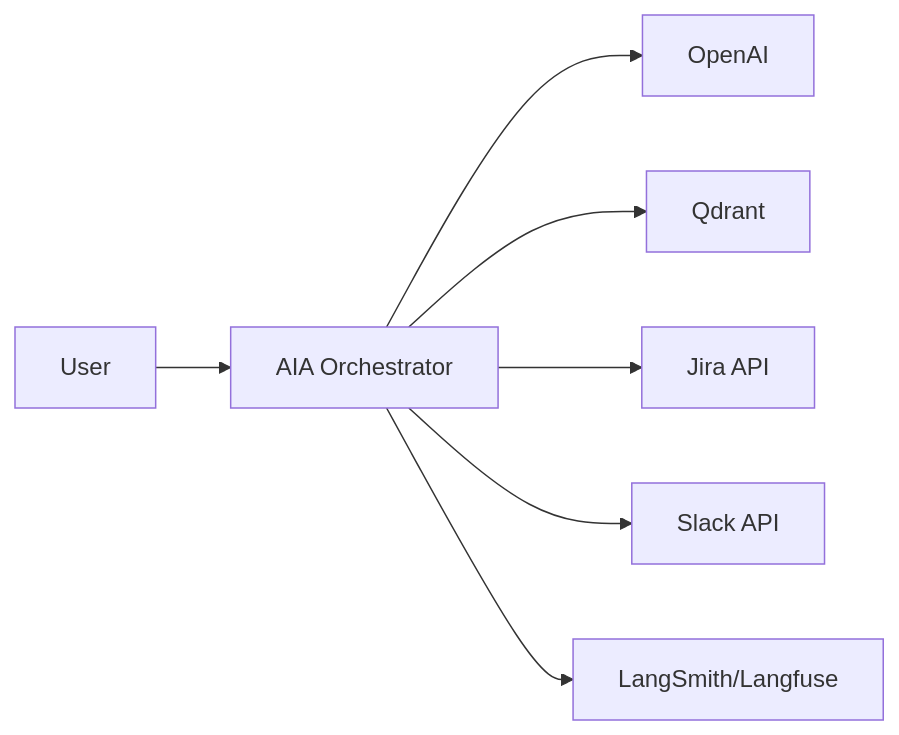
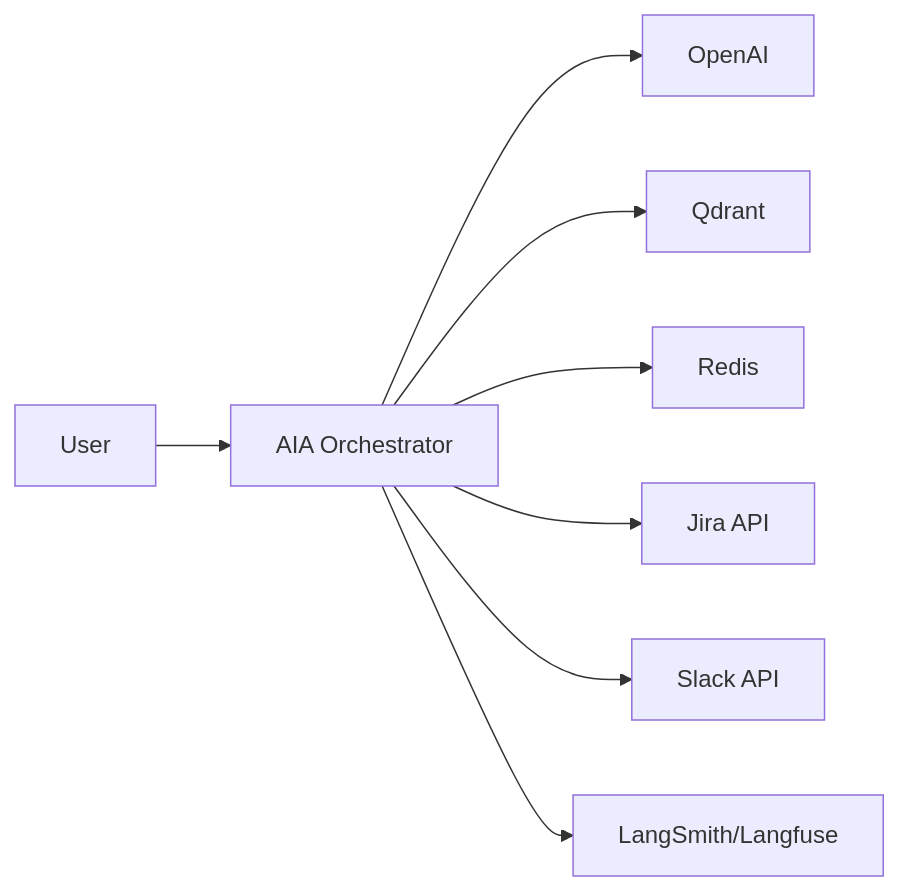
The first of 6 diagrams in docs/diagram.md (thanhit08/aiagt-aia), drawn with Mermaid before and after one commit. The commit also changed other lines of this file and 11 other files, not shown here.

````diff
--- a/docs/diagram.md
+++ b/docs/diagram.md
@@ -8,9 +8,10 @@
 ```mermaid
 flowchart LR
     User[User] --> AIA[AIA Orchestrator]
     AIA --> OpenAI[OpenAI]
     AIA --> Qdrant[Qdrant]
+    AIA --> Redis[Redis]
     AIA --> Jira[Jira API]
     AIA --> Slack[Slack API]
     AIA --> Obs[LangSmith/Langfuse]
 ```
````
